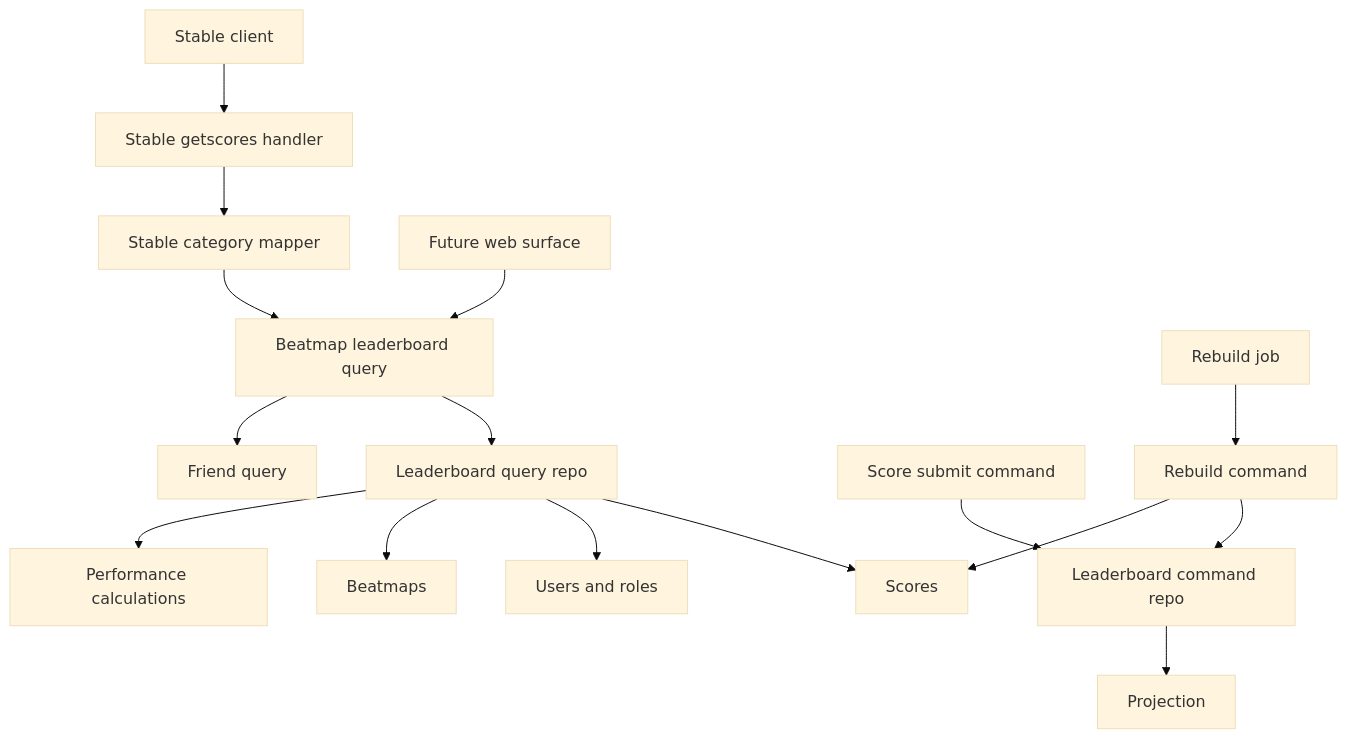
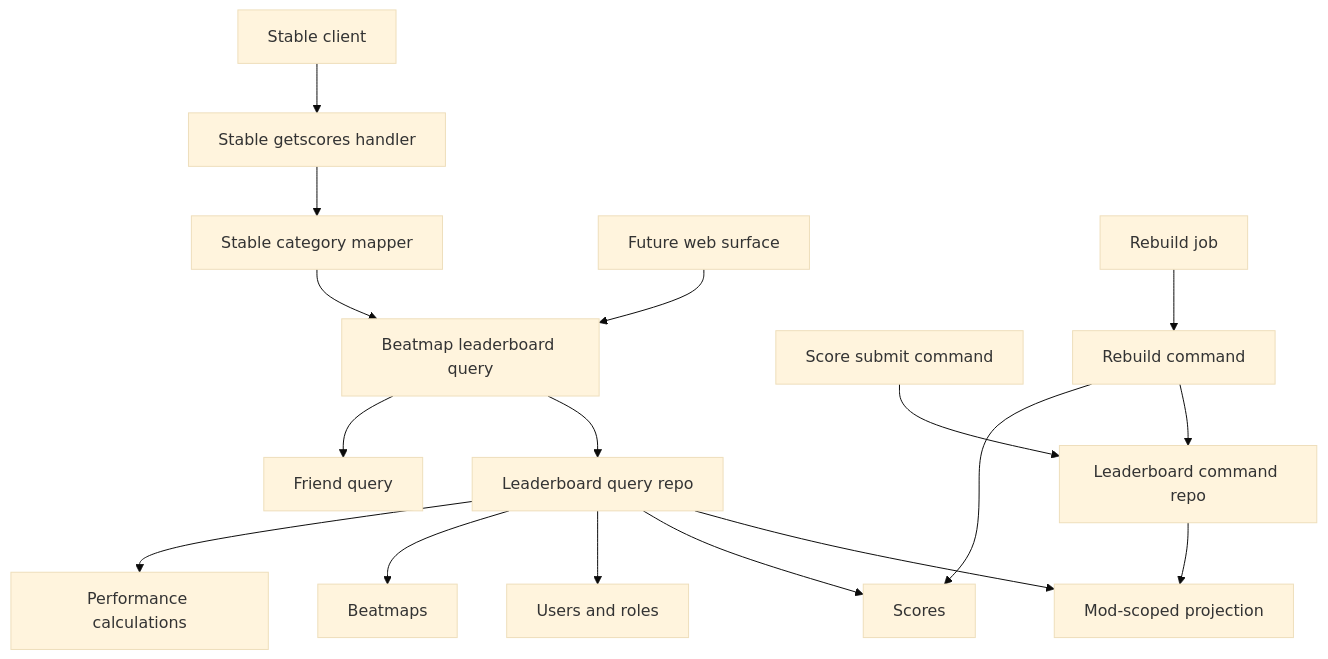
One commit to Reticulmz/athena changed the first of 6 diagrams in .kiro/specs/beatmap-leaderboards/design.md. Above: the diagram before and after it, drawn with Mermaid (base theme). The commit also changed other lines of this file and 39 other files, not shown here.

````diff
--- a/.kiro/specs/beatmap-leaderboards/design.md
+++ b/.kiro/specs/beatmap-leaderboards/design.md
@@ -93,18 +92,19 @@
 ```mermaid
 graph TB
     StableClient[Stable client] --> StableGetscores[Stable getscores handler]
     StableGetscores --> StableMapper[Stable category mapper]
     StableMapper --> LeaderboardQuery[Beatmap leaderboard query]
     WebSurface[Future web surface] --> LeaderboardQuery
     LeaderboardQuery --> LeaderboardQueryRepo[Leaderboard query repo]
     LeaderboardQuery --> FriendQuery[Friend query]
+    LeaderboardQueryRepo --> Projection[Mod-scoped projection]
     LeaderboardQueryRepo --> Scores[Scores]
     LeaderboardQueryRepo --> Users[Users and roles]
     LeaderboardQueryRepo --> Beatmaps[Beatmaps]
     LeaderboardQueryRepo --> Performance[Performance calculations]
     ScoreSubmit[Score submit command] --> LeaderboardCommandRepo[Leaderboard command repo]
     LeaderboardCommandRepo --> Projection
     RebuildJob[Rebuild job] --> RebuildCommand[Rebuild command]
     RebuildCommand --> LeaderboardCommandRepo
     RebuildCommand --> Scores
 ```
````
